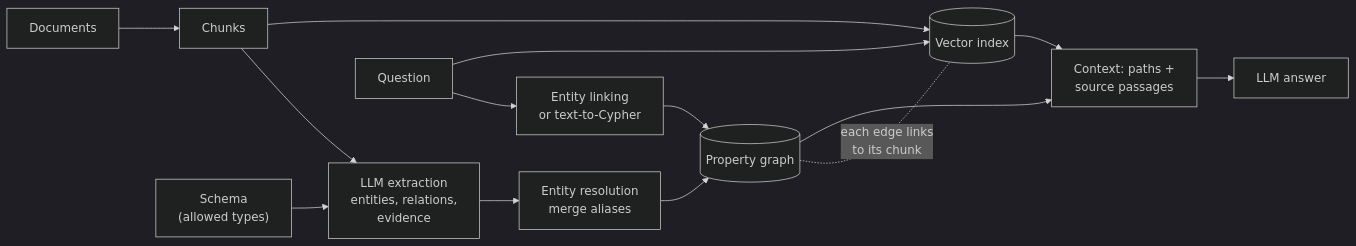
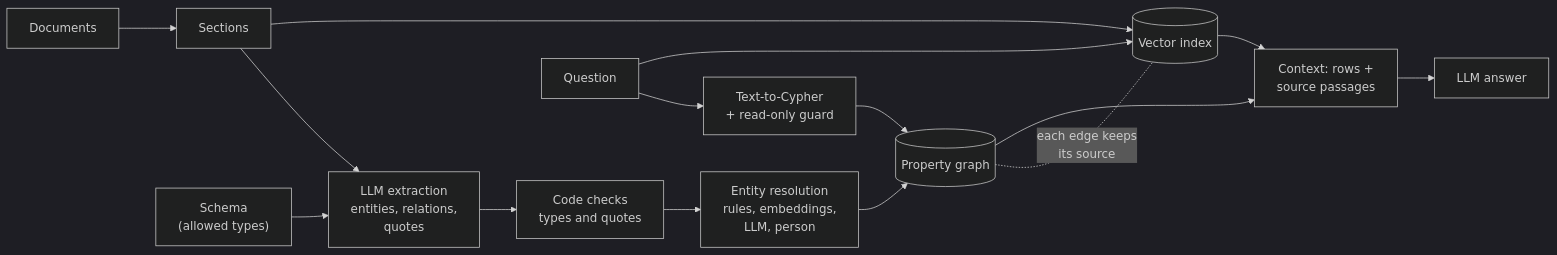
The first of 2 diagrams in rag-retrieval/knowledge-graphs/README.md (AIEngineerHelp/applied-ai-engineering), drawn with Mermaid (dark theme) before and after one commit. The commit also changed other lines of this file and 3 other files, not shown here.

Commit message:
docs(knowledge-graphs): rewrite the article around the measured Gemini and Neo4j runs

````diff
--- a/rag-retrieval/knowledge-graphs/README.md
+++ b/rag-retrieval/knowledge-graphs/README.md
@@ -52,16 +61,17 @@
 ```mermaid
 flowchart LR
-    D[Documents] --> C[Chunks]
-    C --> X["LLM extraction<br/>entities, relations,<br/>evidence"]
+    D[Documents] --> C[Sections]
+    C --> X["LLM extraction<br/>entities, relations,<br/>quotes"]
     S["Schema<br/>(allowed types)"] --> X
-    X --> R["Entity resolution<br/>merge aliases"]
+    X --> V2["Code checks<br/>types and quotes"]
+    V2 --> R["Entity resolution<br/>rules, embeddings,<br/>LLM, person"]
     R --> G[(Property graph)]
     C --> V[(Vector index)]
-    G -. "each edge links<br/>to its chunk" .- V
-    Q[Question] --> L["Entity linking<br/>or text-to-Cypher"]
+    G -. "each edge keeps<br/>its source" .- V
+    Q[Question] --> L["Text-to-Cypher<br/>+ read-only guard"]
     L --> G
     Q --> V
-    G --> CTX[Context: paths +<br/>source passages]
+    G --> CTX[Context: rows +<br/>source passages]
     V --> CTX
     CTX --> A[LLM answer]
 ```
````
